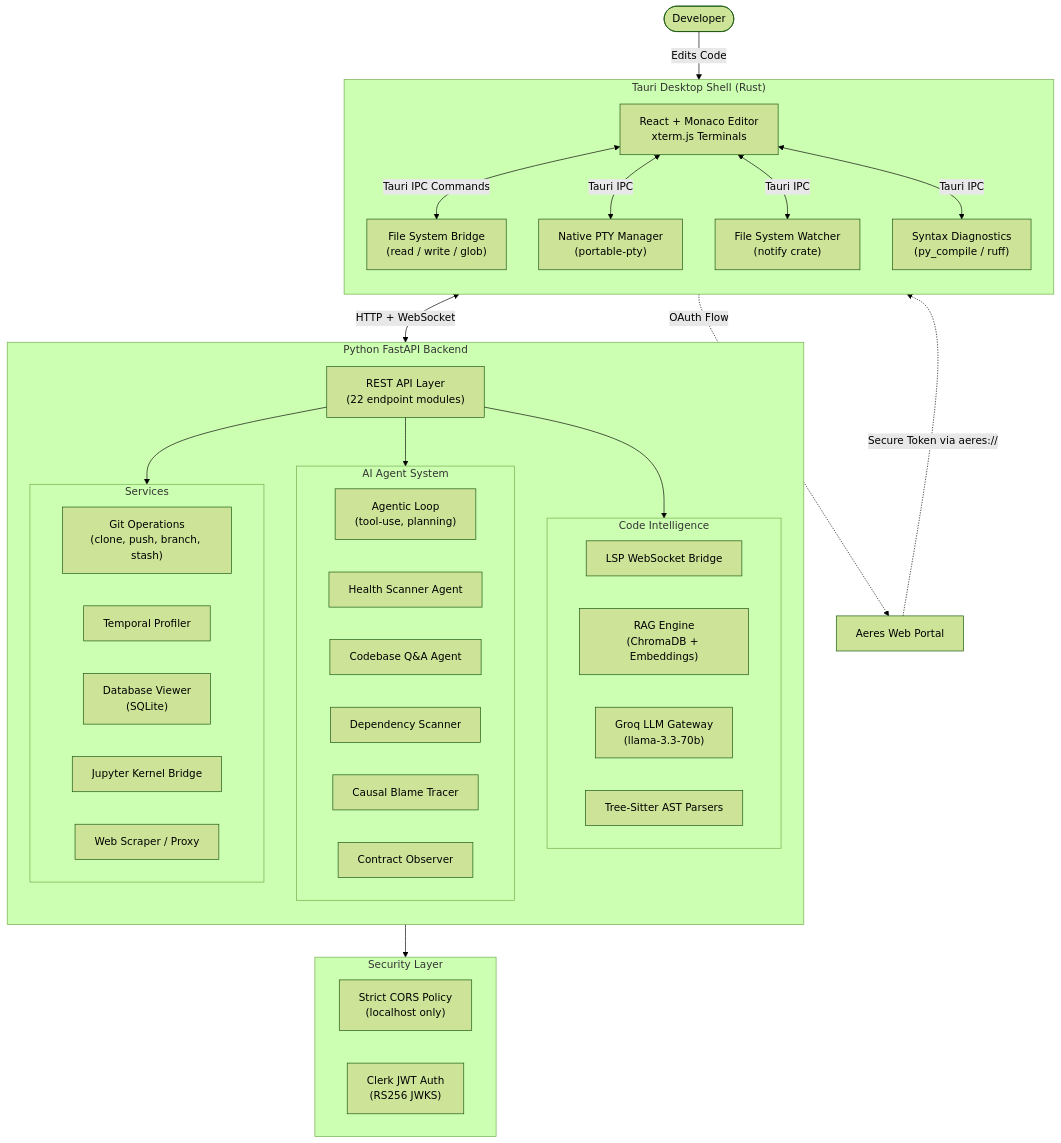
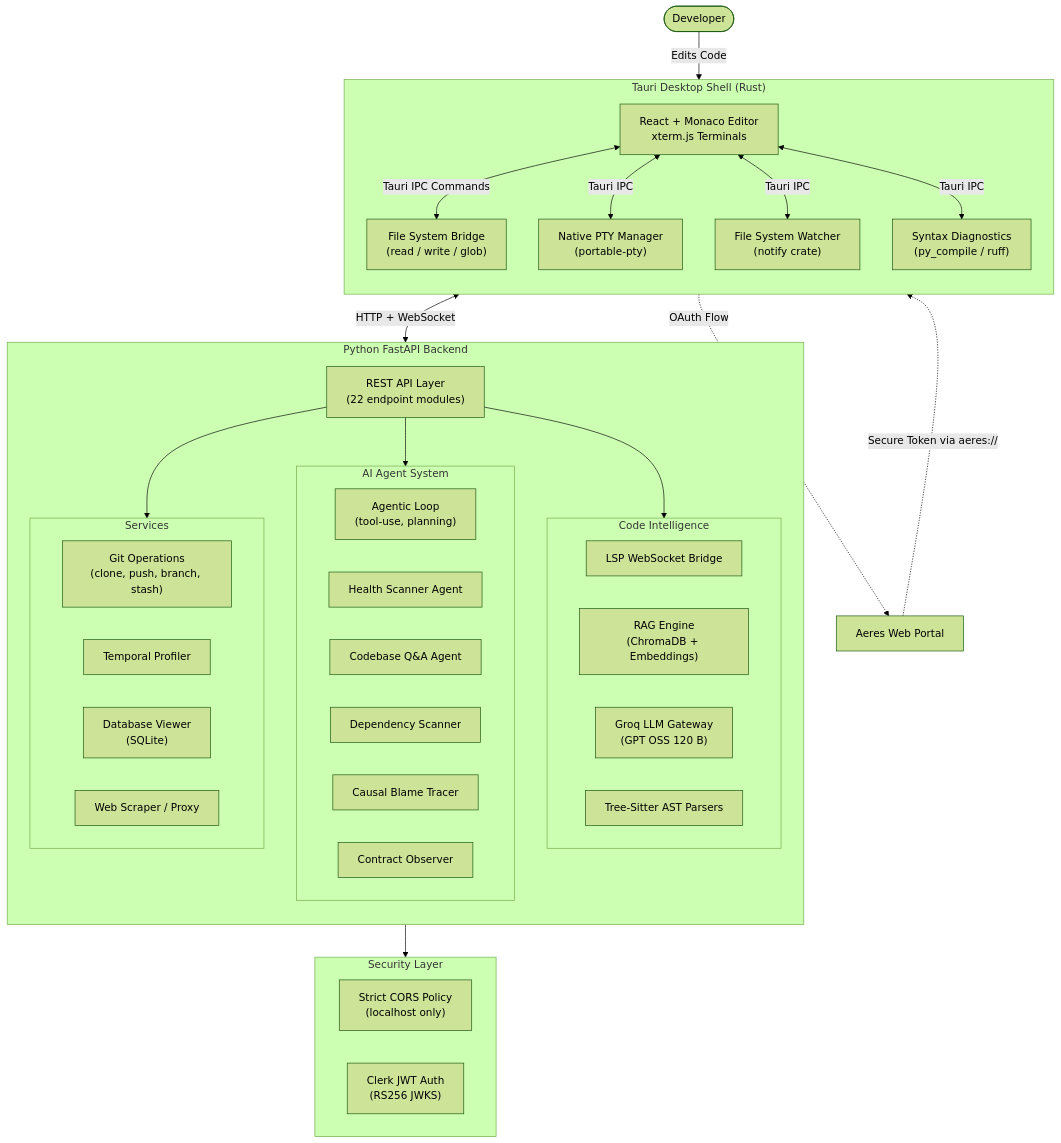
Before and after one commit to LAN-SHLOK/Aeres-IDE: the diagram in README.md, drawn with Mermaid (forest theme). The commit also changed other lines of this file and 154 other files, not shown here.

````diff
--- a/README.md
+++ b/README.md
@@ -69,60 +66,60 @@
 ```mermaid
 graph TD
     Dev([Developer]) -->|Edits Code| UI
 
     subgraph Desktop["Tauri Desktop Shell (Rust)"]
         direction TB
         UI["React + Monaco Editor<br/>xterm.js Terminals"]
         PTY["Native PTY Manager<br/>(portable-pty)"]
         FSWatcher["File System Watcher<br/>(notify crate)"]
         Diagnostics["Syntax Diagnostics<br/>(py_compile / ruff)"]
         FS["File System Bridge<br/>(read / write / glob)"]
     end
 
     subgraph Backend["Python FastAPI Backend"]
         direction TB
         API["REST API Layer<br/>(22 endpoint modules)"]
         
         subgraph Agents["AI Agent System"]
             AgentLoop["Agentic Loop<br/>(tool-use, planning)"]
             HealthAgent["Health Scanner Agent"]
             CodebaseAgent["Codebase Q&A Agent"]
             DepScanner["Dependency Scanner"]
             CausalTracer["Causal Blame Tracer"]
             ContractObs["Contract Observer"]
         end
 
         subgraph Intelligence["Code Intelligence"]
             LSP["LSP WebSocket Bridge"]
             RAG["RAG Engine<br/>(ChromaDB + Embeddings)"]
-            Groq["Groq LLM Gateway<br/>(llama-3.3-70b)"]
+            Groq["Groq LLM Gateway<br/>(GPT OSS 120 B)"]
             TreeSitter["Tree-Sitter AST Parsers"]
         end
 
         subgraph Services["Services"]
             GitOps["Git Operations<br/>(clone, push, branch, stash)"]
             Perf["Temporal Profiler"]
             DBViewer["Database Viewer<br/>(SQLite)"]
-            Jupyter["Jupyter Kernel Bridge"]
+
             Proxy["Web Scraper / Proxy"]
         end
     end
 
     subgraph Security["Security Layer"]
         CORS["Strict CORS Policy<br/>(localhost only)"]
         Auth["Clerk JWT Auth<br/>(RS256 JWKS)"]
     end
 
     UI <-->|Tauri IPC Commands| FS
     UI <-->|Tauri IPC| PTY
     UI <-->|Tauri IPC| FSWatcher
     UI <-->|Tauri IPC| Diagnostics
     UI <-->|HTTP + WebSocket| API
     API --> Agents
     API --> Intelligence
     API --> Services
     API --> Security
 
     UI -.->|OAuth Flow| Portal["Aeres Web Portal"]
     Portal -.->|Secure Token via aeres://| UI
 ```
````
